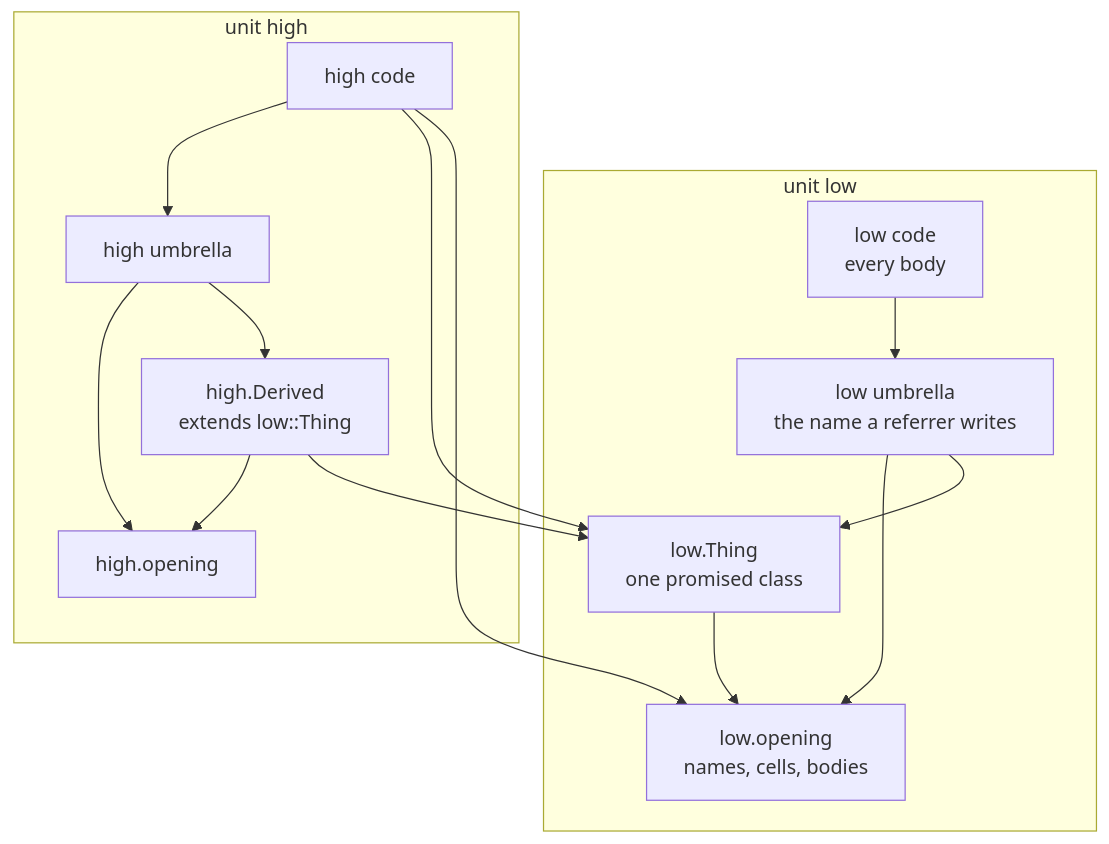
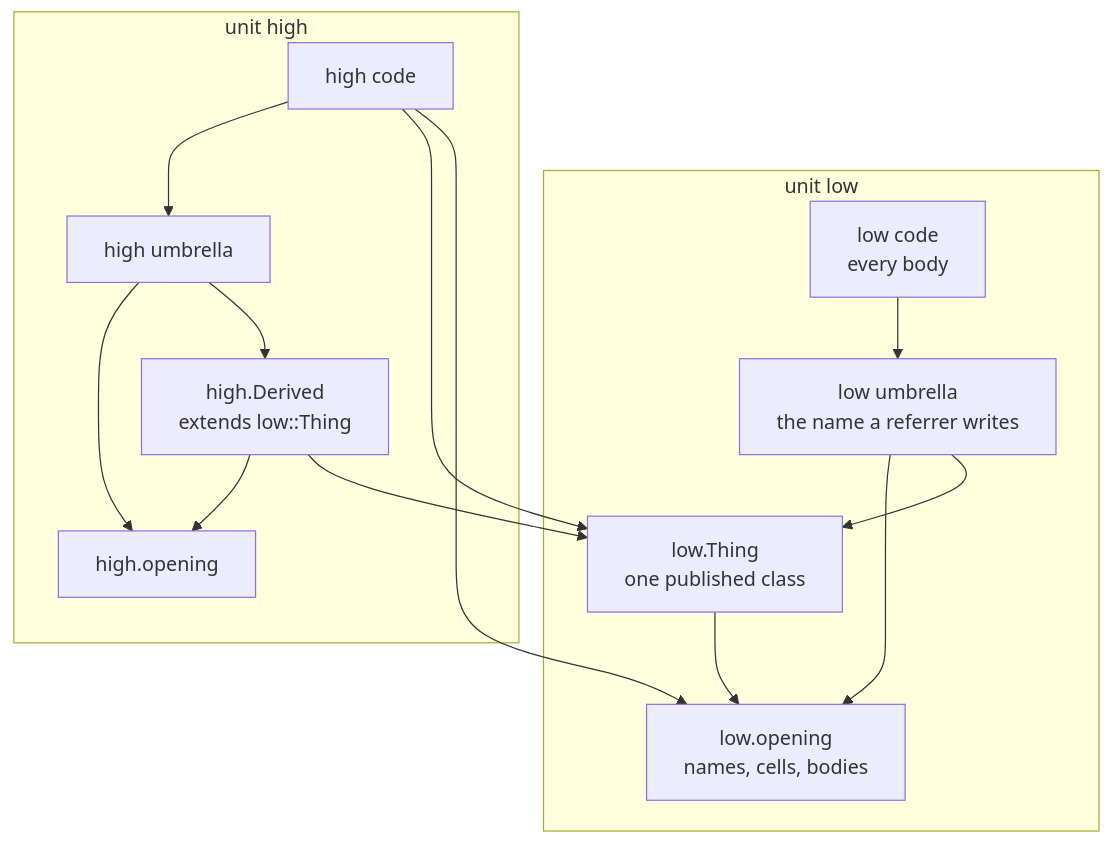
One commit to hankhsu1996/lyra changed the diagram in docs/architecture/emission_model.md. Above: the diagram before and after it, drawn with Mermaid. The commit also changed other lines of this file and 228 other files, not shown here.

````diff
--- a/docs/architecture/emission_model.md
+++ b/docs/architecture/emission_model.md
@@ -220,26 +213,26 @@
 ```mermaid
 flowchart TB
   subgraph LOW["unit low"]
     LO["low.opening<br/>names, cells, bodies"]
-    LT["low.Thing<br/>one promised class"]
+    LT["low.Thing<br/>one published class"]
     LU["low umbrella<br/>the name a referrer writes"]
     LC["low code<br/>every body"]
   end
   subgraph HIGH["unit high"]
     HO["high.opening"]
     HD["high.Derived<br/>extends low::Thing"]
     HU["high umbrella"]
     HC["high code"]
   end
   LT --> LO
   LU --> LO
   LU --> LT
   LC --> LU
   HD --> HO
   HD --> LT
   HU --> HO
   HU --> HD
   HC --> HU
   HC --> LT
   HC --> LO
 ```
````
